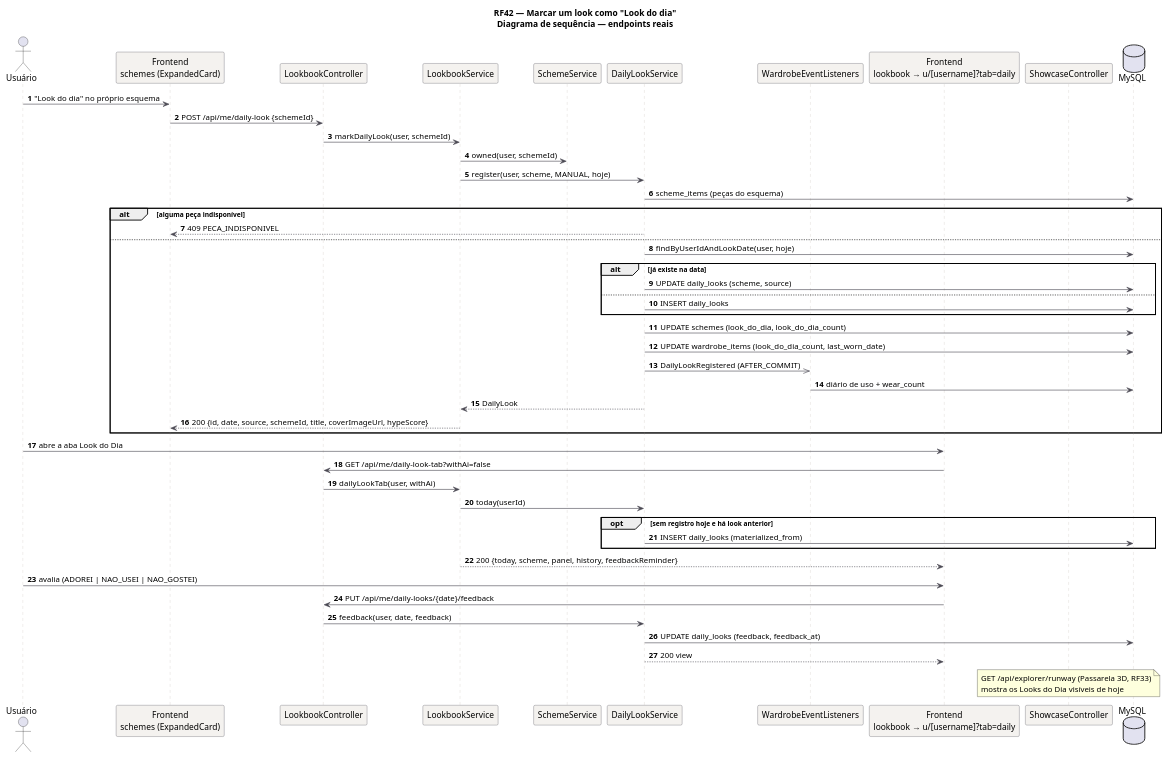
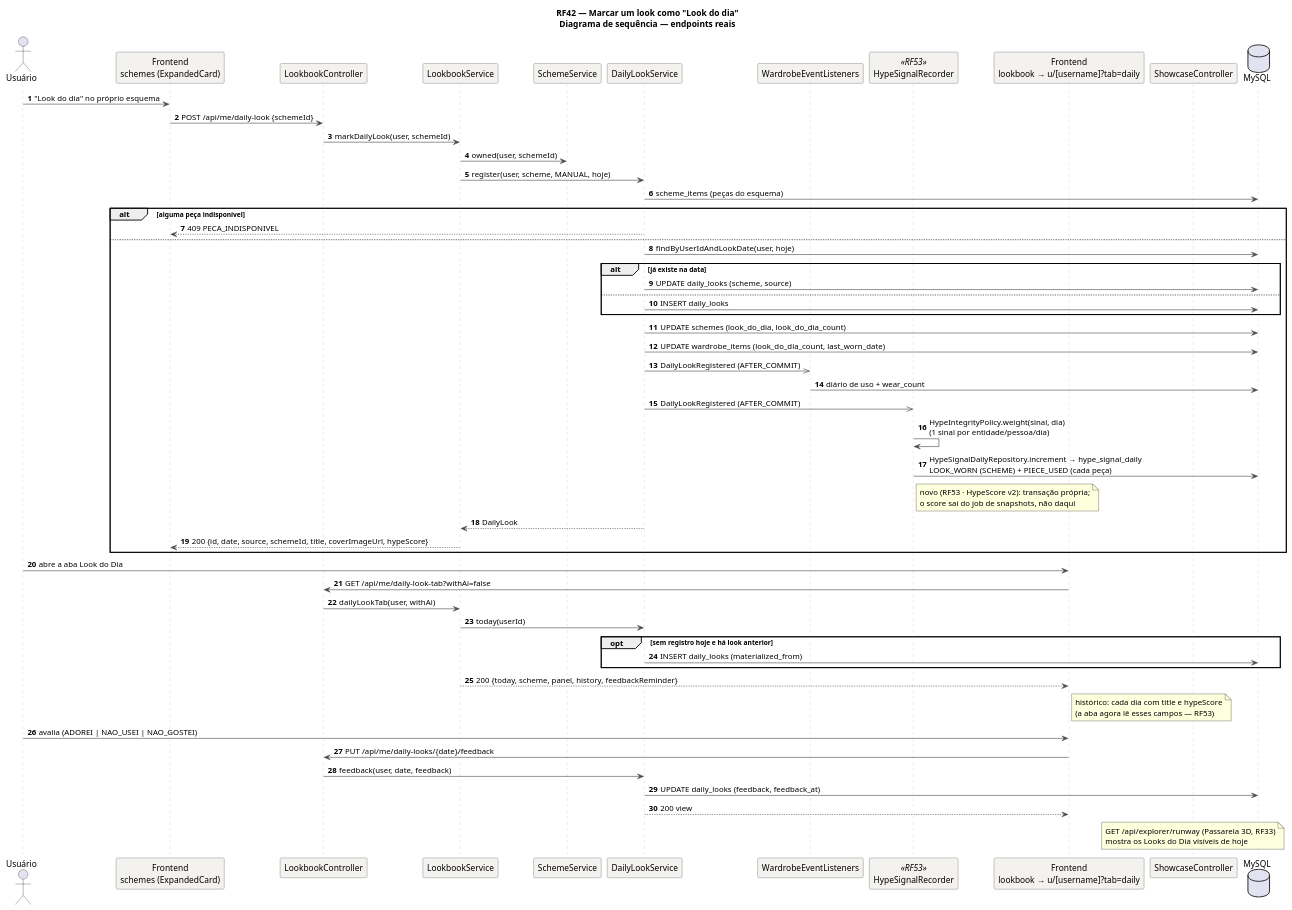
The diagram in docs/diagramas/RF42/RF42-sequencia.puml (MatheusHaliski/tcc-2026-fashion-ai-backend), drawn with PlantUML before and after one commit. The commit also changed 72 other files, not shown here.

```diff
--- a/docs/diagramas/RF42/RF42-sequencia.puml
+++ b/docs/diagramas/RF42/RF42-sequencia.puml
@@ -1,57 +1,63 @@
 @startuml RF42_Sequencia
 title RF42 — Marcar um look como "Look do dia"\nDiagrama de sequência — endpoints reais
 skinparam backgroundColor #FFFFFF
 skinparam sequence {
   ArrowColor #4A4852
   LifeLineBorderColor #CBC6BE
   ParticipantBackgroundColor #F4F2EF
   ParticipantBorderColor #4A4852
 }
 autonumber
 actor "Usuário" as U
 participant "Frontend\nschemes (ExpandedCard)" as FE
 participant "LookbookController" as LC
 participant "LookbookService" as LS
 participant "SchemeService" as SS
 participant "DailyLookService" as DS
 participant "WardrobeEventListeners" as WL
+participant "HypeSignalRecorder" as HSR <<RF53>>
 participant "Frontend\nlookbook → u/[username]?tab=daily" as FEL
 participant "ShowcaseController" as SC
 database "MySQL" as DB
 U -> FE: "Look do dia" no próprio esquema
 FE -> LC: POST /api/me/daily-look {schemeId}
 LC -> LS: markDailyLook(user, schemeId)
 LS -> SS: owned(user, schemeId)
 LS -> DS: register(user, scheme, MANUAL, hoje)
 DS -> DB: scheme_items (peças do esquema)
 alt alguma peça indisponível
   DS --> FE: 409 PECA_INDISPONIVEL
 else
   DS -> DB: findByUserIdAndLookDate(user, hoje)
   alt já existe na data
     DS -> DB: UPDATE daily_looks (scheme, source)
   else
     DS -> DB: INSERT daily_looks
   end
   DS -> DB: UPDATE schemes (look_do_dia, look_do_dia_count)
   DS -> DB: UPDATE wardrobe_items (look_do_dia_count, last_worn_date)
   DS ->> WL: DailyLookRegistered (AFTER_COMMIT)
   WL -> DB: diário de uso + wear_count
+  DS ->> HSR: DailyLookRegistered (AFTER_COMMIT)
+  HSR -> HSR: HypeIntegrityPolicy.weight(sinal, dia)\n(1 sinal por entidade/pessoa/dia)
+  HSR -> DB: HypeSignalDailyRepository.increment → hype_signal_daily\nLOOK_WORN (SCHEME) + PIECE_USED (cada peça)
+  note right of HSR: novo (RF53 · HypeScore v2): transação própria;\no score sai do job de snapshots, não daqui
   DS --> LS: DailyLook
   LS --> FE: 200 {id, date, source, schemeId, title, coverImageUrl, hypeScore}
 end
 U -> FEL: abre a aba Look do Dia
 FEL -> LC: GET /api/me/daily-look-tab?withAi=false
 LC -> LS: dailyLookTab(user, withAi)
 LS -> DS: today(userId)
 opt sem registro hoje e há look anterior
   DS -> DB: INSERT daily_looks (materialized_from)
 end
 LS --> FEL: 200 {today, scheme, panel, history, feedbackReminder}
+note right of FEL: histórico: cada dia com title e hypeScore\n(a aba agora lê esses campos — RF53)
 U -> FEL: avalia (ADOREI | NAO_USEI | NAO_GOSTEI)
 FEL -> LC: PUT /api/me/daily-looks/{date}/feedback
 LC -> DS: feedback(user, date, feedback)
 DS -> DB: UPDATE daily_looks (feedback, feedback_at)
 DS --> FEL: 200 view
 note over SC: GET /api/explorer/runway (Passarela 3D, RF33)\nmostra os Looks do Dia visíveis de hoje
 @enduml
```
